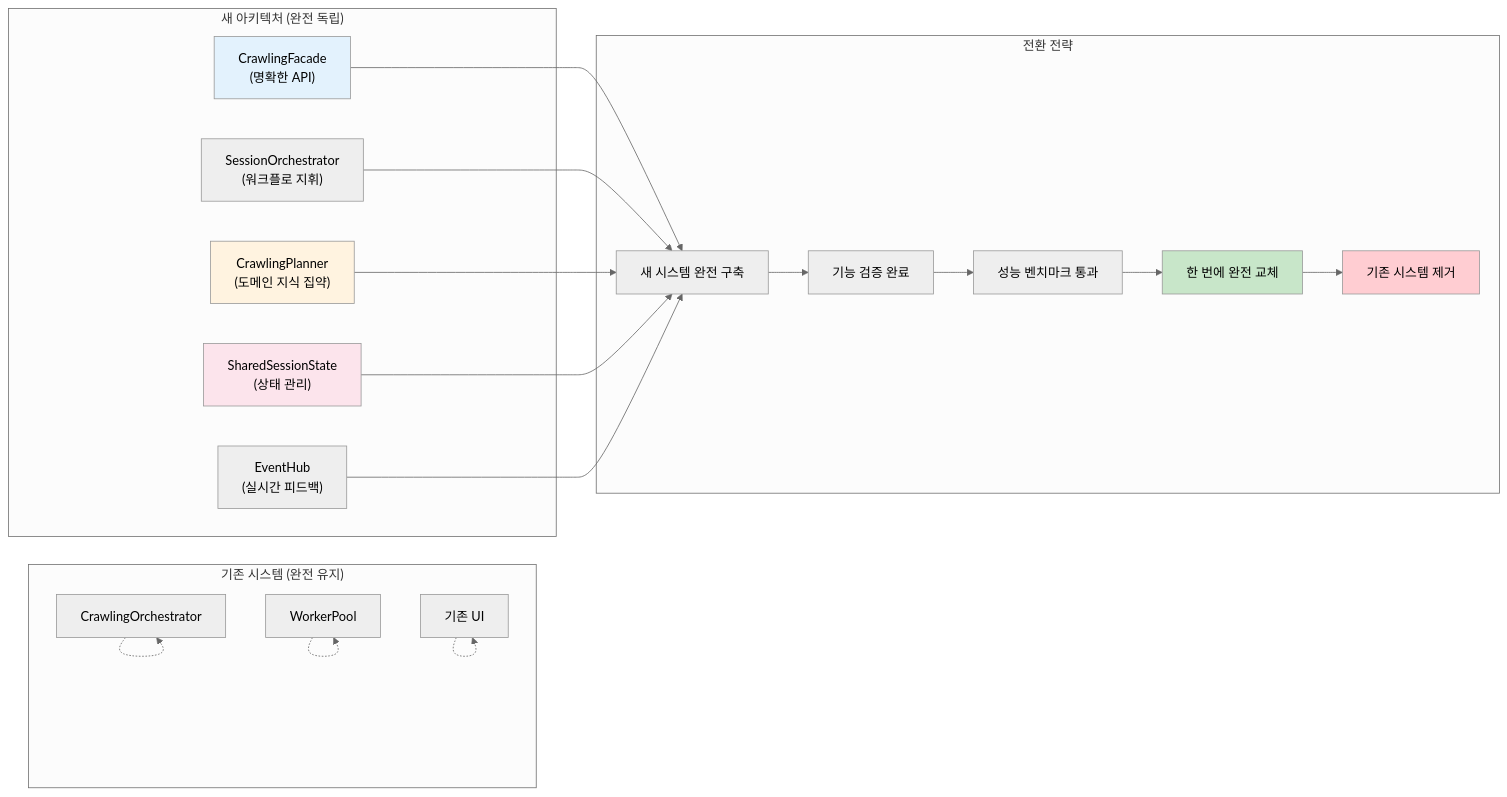
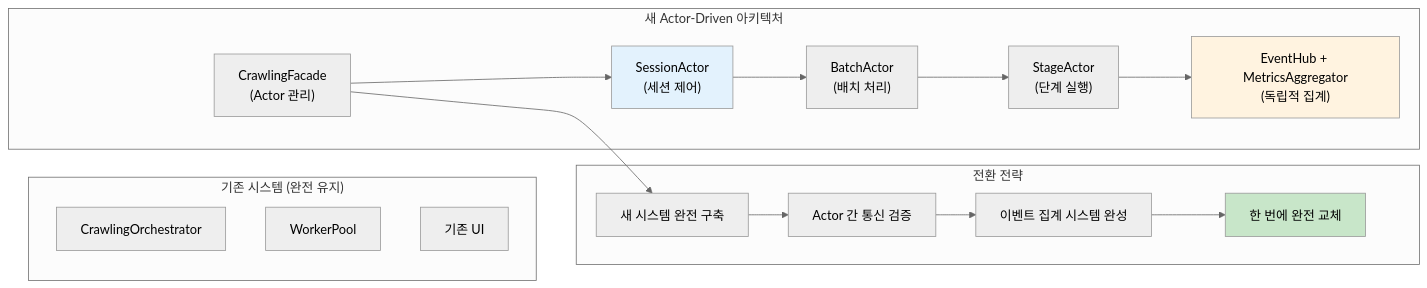
Before and after one commit to Chanseok/rMatterCertis: the second of 8 diagrams in guide/re-arch-plan2.md, drawn with Mermaid (neutral theme). The commit also changed other lines of this file and 32 other files, not shown here.

````diff
--- a/guide/re-arch-plan2.md
+++ b/guide/re-arch-plan2.md
@@ -23,45 +61,37 @@
 ```mermaid
 graph LR
     subgraph "기존 시스템 (완전 유지)"
         A1[CrawlingOrchestrator]
         A2[WorkerPool]
         A3[기존 UI]
     end
     
-    subgraph "새 아키텍처 (완전 독립)"
-        B1["CrawlingFacade<br/>(명확한 API)"]
-        B2["SessionOrchestrator<br/>(워크플로 지휘)"]
-        B3["CrawlingPlanner<br/>(도메인 지식 집약)"]
-        B4["SharedSessionState<br/>(상태 관리)"]
-        B5["EventHub<br/>(실시간 피드백)"]
+    subgraph "새 Actor-Driven 아키텍처"
+        B1["CrawlingFacade<br/>(Actor 관리)"]
+        B2["SessionActor<br/>(세션 제어)"]
+        B3["BatchActor<br/>(배치 처리)"]
+        B4["StageActor<br/>(단계 실행)"]
+        B5["EventHub + MetricsAggregator<br/>(독립적 집계)"]
     end
     
     subgraph "전환 전략"
         C1[새 시스템 완전 구축]
-        C2[기능 검증 완료]
-        C3[성능 벤치마크 통과]
+        C2[Actor 간 통신 검증]
+        C3[이벤트 집계 시스템 완성]
         C4[한 번에 완전 교체]
-        C5[기존 시스템 제거]
     end
     
-    A1 -.-> A1
-    A2 -.-> A2
-    A3 -.-> A3
+    B1 --> B2
+    B2 --> B3
+    B3 --> B4
+    B4 --> B5
     
     B1 --> C1
-    B2 --> C1
-    B3 --> C1
-    B4 --> C1
-    B5 --> C1
-    
     C1 --> C2
     C2 --> C3
     C3 --> C4
-    C4 --> C5
     
-    style B1 fill:#e3f2fd
-    style B3 fill:#fff3e0
-    style B4 fill:#fce4ec
+    style B2 fill:#e3f2fd
+    style B5 fill:#fff3e0
     style C4 fill:#c8e6c9
-    style C5 fill:#ffcdd2
 ```
````
